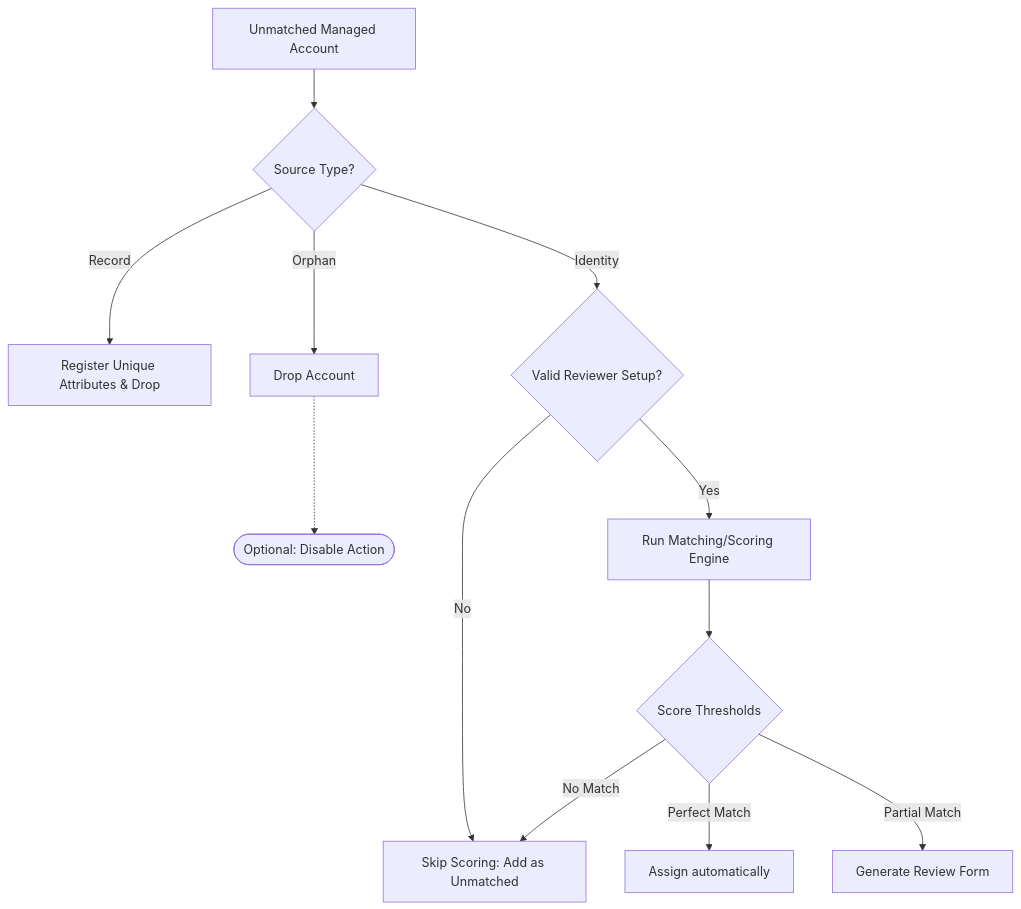
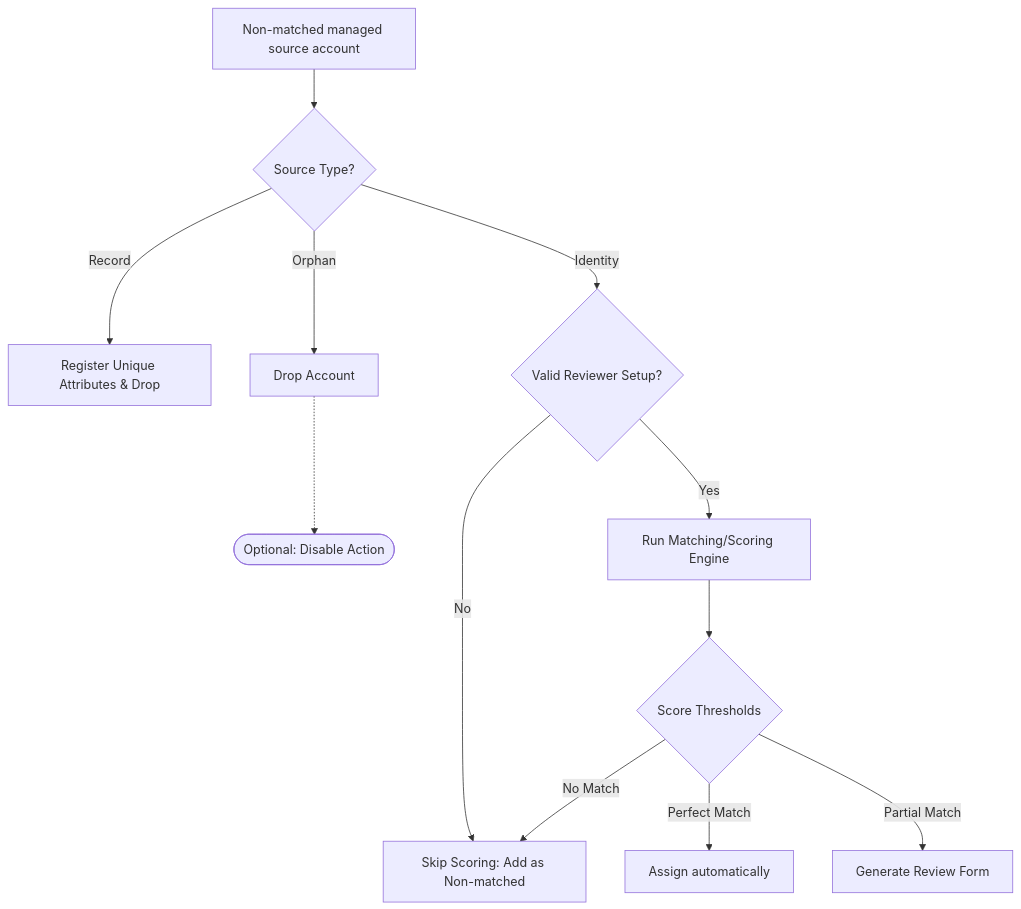
Before and after one commit to fernando-delosrios-sp/colab-saas-conn-sailpoint-identity-fusion: the second of 2 diagrams in docs/operations/account-list.md, drawn with Mermaid. The commit also changed other lines of this file and 13 other files, not shown here.

````diff
--- a/docs/operations/account-list.md
+++ b/docs/operations/account-list.md
@@ -81,14 +81,14 @@
 ```mermaid
 flowchart TD
-    A[Unmatched Managed Account] --> B{Source Type?}
+    A[Non-matched managed source account] --> B{Source Type?}
     B -- Record --> C[Register Unique Attributes & Drop]
     B -- Orphan --> D[Drop Account]
     D -.-> E([Optional: Disable Action])
     B -- Identity --> F{Valid Reviewer Setup?}
-    F -- No --> G[Skip Scoring: Add as Unmatched]
+    F -- No --> G[Skip Scoring: Add as Non-matched]
     F -- Yes --> H[Run Matching/Scoring Engine]
     H --> I{Score Thresholds}
     I -- Perfect Match --> J[Assign automatically]
     I -- Partial Match --> K[Generate Review Form]
     I -- No Match --> G
 ```
````
